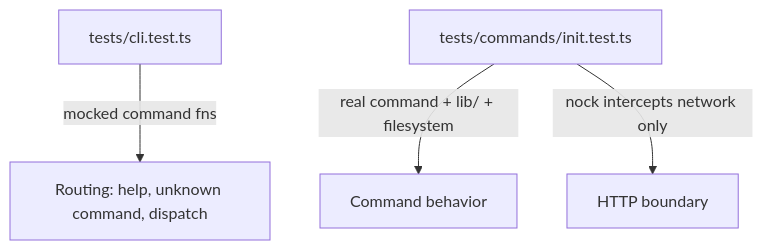
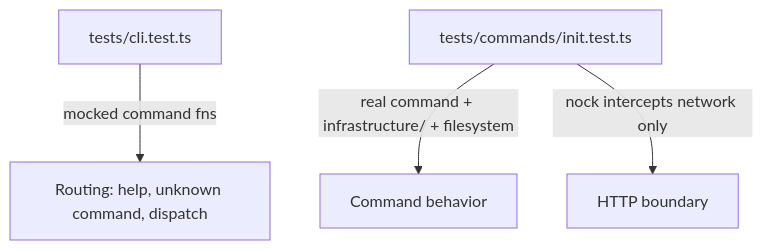
The diagram in cli/STANDARDS.md (paulelian-tabarant/ripe), drawn with Mermaid before and after one commit. The commit also changed other lines of this file and 38 other files, not shown here.

````diff
--- a/cli/STANDARDS.md
+++ b/cli/STANDARDS.md
@@ -116,6 +132,6 @@
 ```mermaid
 flowchart TD
     A[tests/cli.test.ts] -->|mocked command fns| B[Routing: help, unknown command, dispatch]
-    C[tests/commands/init.test.ts] -->|real command + lib/ + filesystem| D[Command behavior]
+    C[tests/commands/init.test.ts] -->|real command + infrastructure/ + filesystem| D[Command behavior]
     C -->|nock intercepts network only| E[HTTP boundary]
 ```
````
